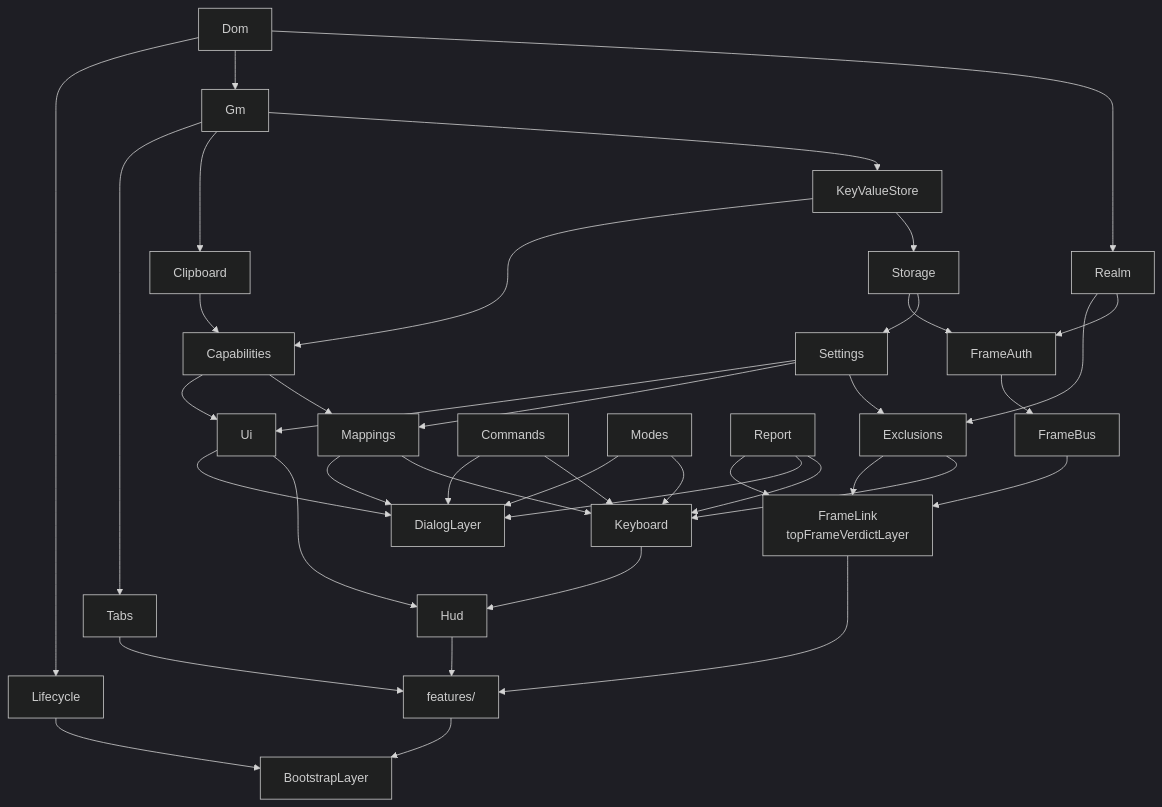
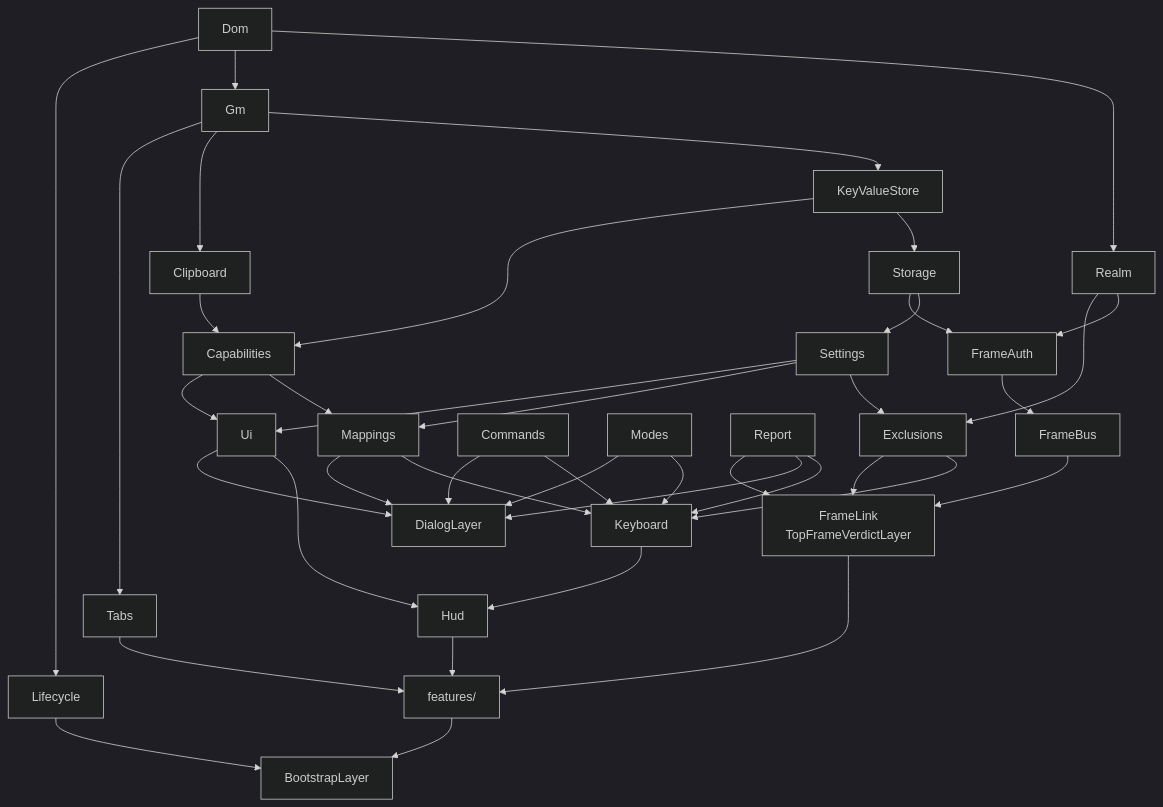
Before and after one commit to evanlouie/vimium-webkit: the diagram in ARCHITECTURE.md, drawn with Mermaid (dark theme). The commit also changed other lines of this file and 2 other files, not shown here.

Commit message:
refactor(frames): name the verdict layer TopFrameVerdictLayer
Every other layer constant is PascalCase, such as BootstrapLayer,
DialogLayer and FindLayer. The two mentions in ARCHITECTURE.md follow.

````diff
--- a/ARCHITECTURE.md
+++ b/ARCHITECTURE.md
@@ -51,48 +51,48 @@
 ```mermaid
 flowchart TD
   Dom --> Realm
   Dom --> Gm
   Dom --> Lifecycle
   Gm --> KeyValueStore
   Gm --> Clipboard
   Gm --> Tabs
   KeyValueStore --> Storage
   KeyValueStore --> Capabilities
   Clipboard --> Capabilities
 
   Storage --> Settings
   Storage --> FrameAuth
   Realm --> FrameAuth
   FrameAuth --> FrameBus
 
   Realm --> Exclusions
   Settings --> Exclusions
   Settings --> Mappings
   Capabilities --> Mappings
   Settings --> Ui
   Capabilities --> Ui
 
   Commands --> Keyboard
   Exclusions --> Keyboard
   Mappings --> Keyboard
   Modes --> Keyboard
   Report --> Keyboard
 
   Keyboard --> Hud
   Ui --> Hud
   Commands --> Dialog["DialogLayer"]
   Mappings --> Dialog
   Modes --> Dialog
   Report --> Dialog
   Ui --> Dialog
 
-  Exclusions --> Link["FrameLink<br/>topFrameVerdictLayer"]
+  Exclusions --> Link["FrameLink<br/>TopFrameVerdictLayer"]
   FrameBus --> Link
   Report --> Link
 
   Link --> Features["features/"]
   Hud --> Features
   Tabs --> Features
   Features --> Bootstrap["BootstrapLayer"]
   Lifecycle --> Bootstrap
 ```
````
